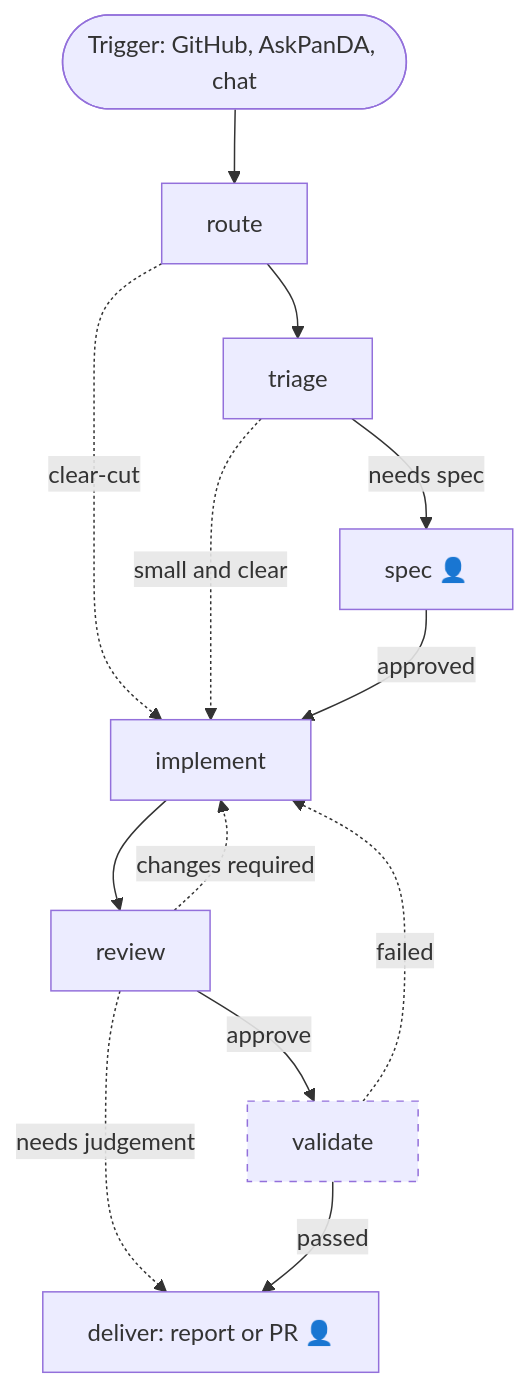
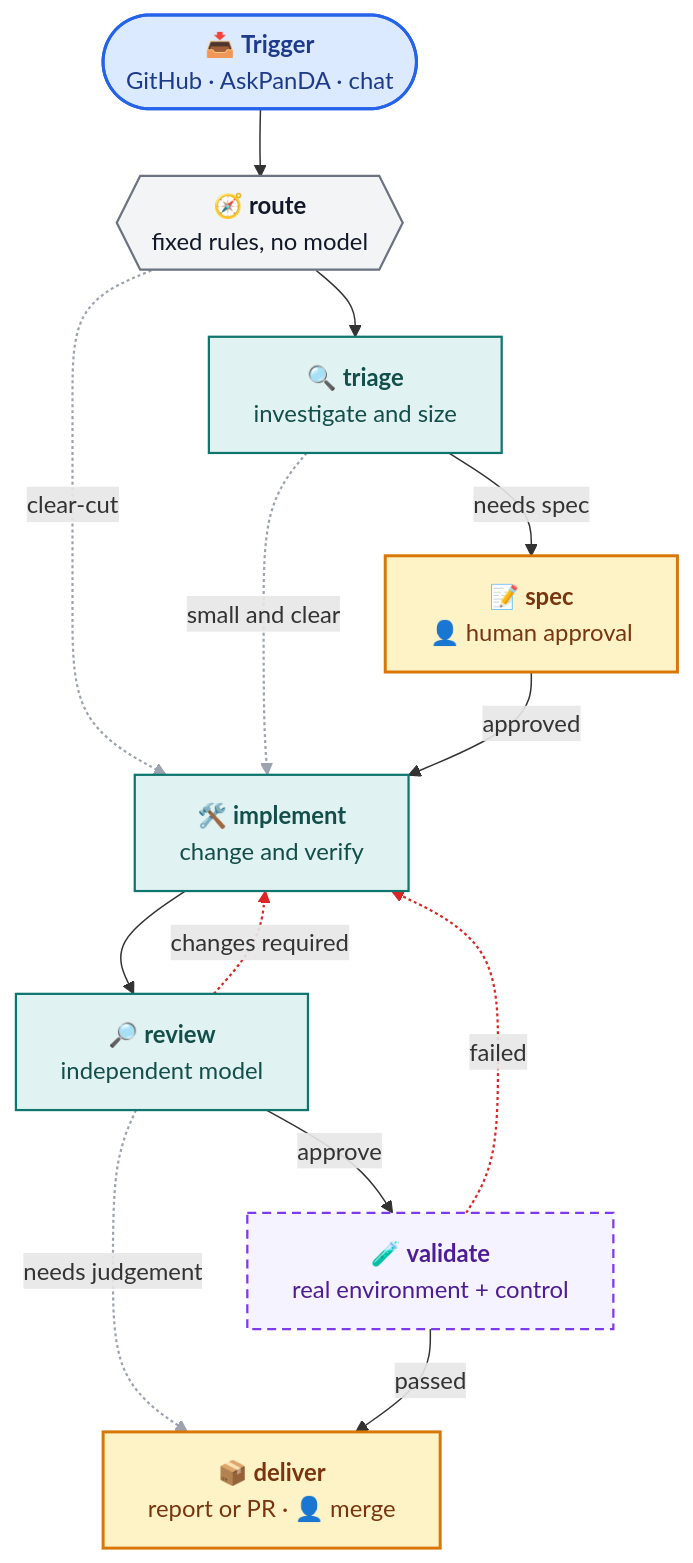
Before and after one commit to PalNilsson/aspire-code-factory: the diagram in README.md, drawn with Mermaid. The commit also changed other lines of this file, not shown here.

Commit message:
Added colors

````diff
--- a/README.md
+++ b/README.md
@@ -17,17 +17,40 @@
 ```mermaid
+%%{init: {"flowchart": {"curve": "basis", "nodeSpacing": 40, "rankSpacing": 45}}}%%
 flowchart TD
-    T(["Trigger: GitHub, AskPanDA, chat"]) --> R["route"]
-    R --> TR["triage"]
-    R -.->|"clear-cut"| I
-    TR -->|"needs spec"| S["spec 👤"]
-    TR -.->|"small and clear"| I["implement"]
-    S -->|"approved"| I
-    I --> RV["review"]
-    RV -.->|"changes required"| I
-    RV -->|"approve"| V["validate"]
-    RV -.->|"needs judgement"| D
-    V -.->|"failed"| I
-    V -->|"passed"| D["deliver: report or PR 👤"]
-    classDef future stroke-dasharray: 5 5
+    T(["📥 <b>Trigger</b><br/>GitHub · AskPanDA · chat"])
+    R{{"🧭 <b>route</b><br/>fixed rules, no model"}}
+    TR["🔍 <b>triage</b><br/>investigate and size"]
+    S["📝 <b>spec</b><br/>👤 human approval"]
+    I["🛠️ <b>implement</b><br/>change and verify"]
+    RV["🔎 <b>review</b><br/>independent model"]
+    V["🧪 <b>validate</b><br/>real environment + control"]
+    D["📦 <b>deliver</b><br/>report or PR · 👤 merge"]
+
+    T --> R
+    R --> TR
+    R -.->|clear-cut| I
+    TR -->|needs spec| S
+    TR -.->|small and clear| I
+    S -->|approved| I
+    I --> RV
+    RV -.->|changes required| I
+    RV -->|approve| V
+    RV -.->|needs judgement| D
+    V -.->|failed| I
+    V -->|passed| D
+
+    classDef trigger fill:#dbeafe,stroke:#2563eb,stroke-width:2px,color:#1e3a8a
+    classDef rule fill:#f3f4f6,stroke:#6b7280,stroke-width:1.5px,color:#111827
+    classDef agent fill:#e0f2f1,stroke:#0f766e,stroke-width:1.5px,color:#134e4a
+    classDef human fill:#fef3c7,stroke:#d97706,stroke-width:2px,color:#78350f
+    classDef future fill:#f5f3ff,stroke:#7c3aed,stroke-width:1.5px,stroke-dasharray:6 4,color:#4c1d95
+
+    class T trigger
+    class R rule
+    class TR,I,RV agent
+    class S,D human
     class V future
+
+    linkStyle 2,4,9 stroke:#9ca3af,stroke-width:1.5px
+    linkStyle 7,10 stroke:#dc2626,stroke-width:1.5px
 ```
````
